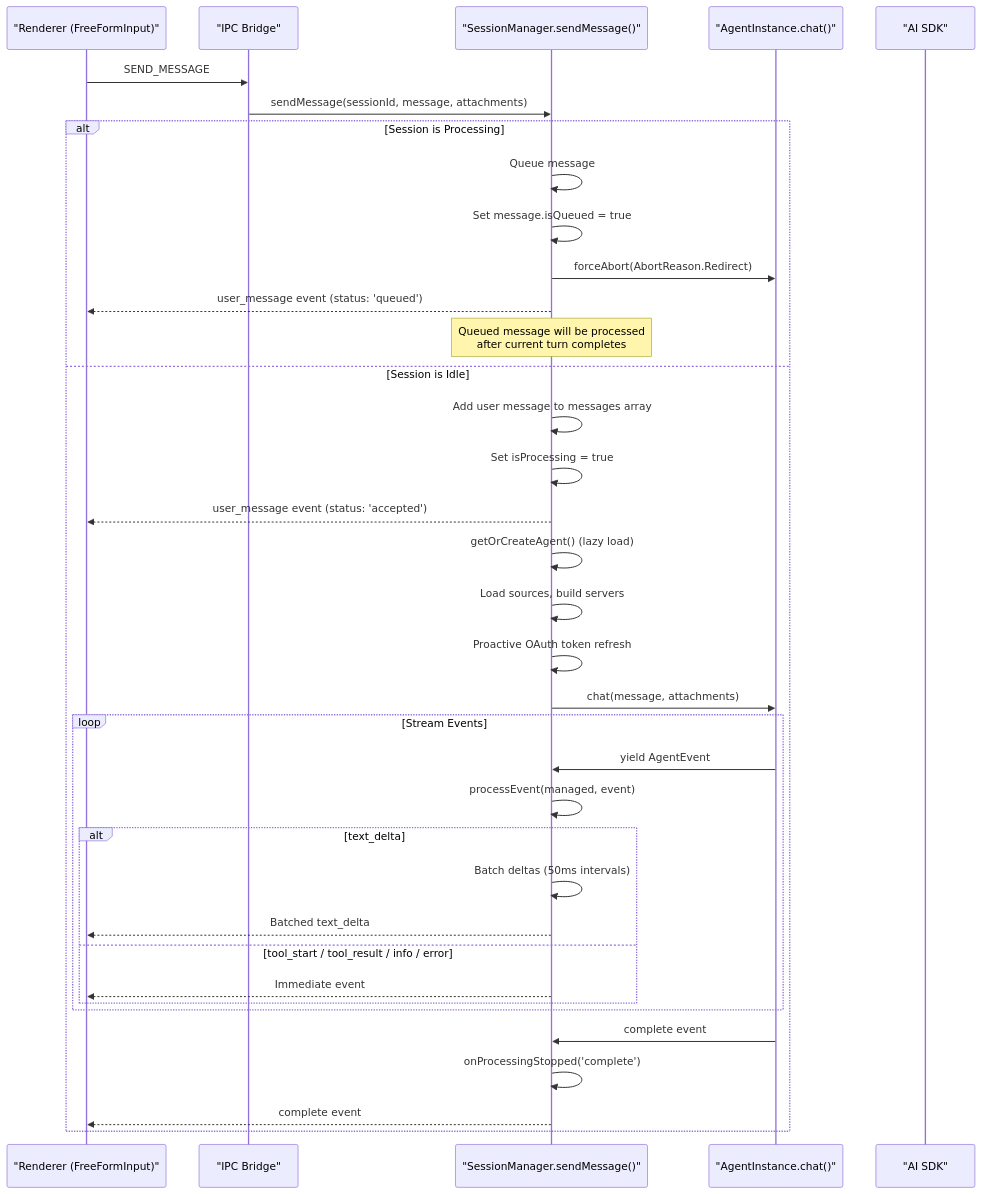
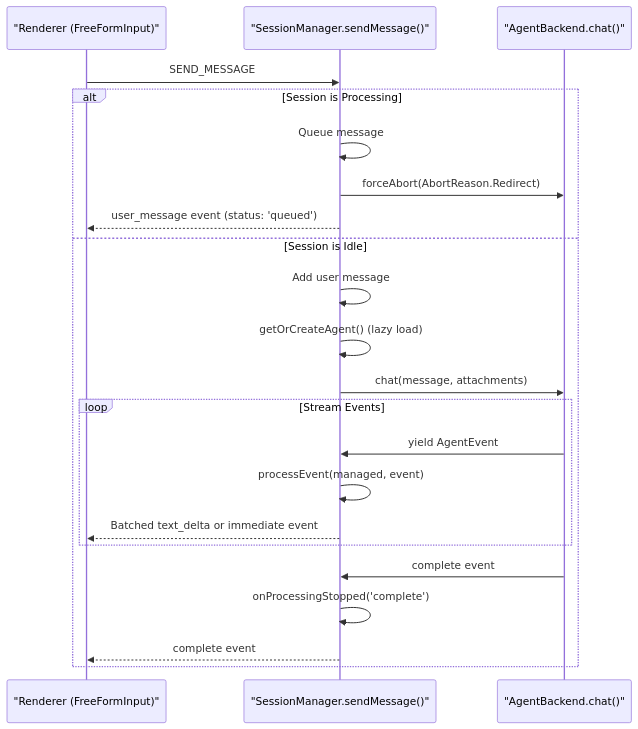
Before and after one commit to blackcater/zentree: the fifth of 6 diagrams in docs/lukilabs_craft-agents-oss/api-reference/sessionmanager-api.md, drawn with Mermaid. The commit also changed other lines of this file and 232 other files, not shown here.

````diff
--- a/docs/lukilabs_craft-agents-oss/api-reference/sessionmanager-api.md
+++ b/docs/lukilabs_craft-agents-oss/api-reference/sessionmanager-api.md
@@ -369,42 +319,28 @@
 ```mermaid
 sequenceDiagram
     participant UI as "Renderer (FreeFormInput)"
-    participant IPC as "IPC Bridge"
     participant SM as "SessionManager.sendMessage()"
-    participant Agent as "AgentInstance.chat()"
-    participant SDK as "AI SDK"
-
-    UI->>IPC: SEND_MESSAGE
-    IPC->>SM: sendMessage(sessionId, message, attachments)
-
+    participant Agent as "AgentBackend.chat()"
+    
+    UI->>SM: SEND_MESSAGE
+    
     alt Session is Processing
         SM->>SM: Queue message
-        SM->>SM: Set message.isQueued = true
         SM->>Agent: forceAbort(AbortReason.Redirect)
         SM-->>UI: user_message event (status: 'queued')
-        Note over SM: Queued message will be processed<br/>after current turn completes
     else Session is Idle
-        SM->>SM: Add user message to messages array
-        SM->>SM: Set isProcessing = true
-        SM-->>UI: user_message event (status: 'accepted')
+        SM->>SM: Add user message
         SM->>SM: getOrCreateAgent() (lazy load)
-        SM->>SM: Load sources, build servers
-        SM->>SM: Proactive OAuth token refresh
         SM->>Agent: chat(message, attachments)
-
+        
         loop Stream Events
             Agent->>SM: yield AgentEvent
             SM->>SM: processEvent(managed, event)
-            alt text_delta
-                SM->>SM: Batch deltas (50ms intervals)
-                SM-->>UI: Batched text_delta
-            else tool_start / tool_result / info / error
-                SM-->>UI: Immediate event
-            end
+            SM-->>UI: Batched text_delta or immediate event
         end
-
+        
         Agent->>SM: complete event
         SM->>SM: onProcessingStopped('complete')
         SM-->>UI: complete event
     end
 ```
````
